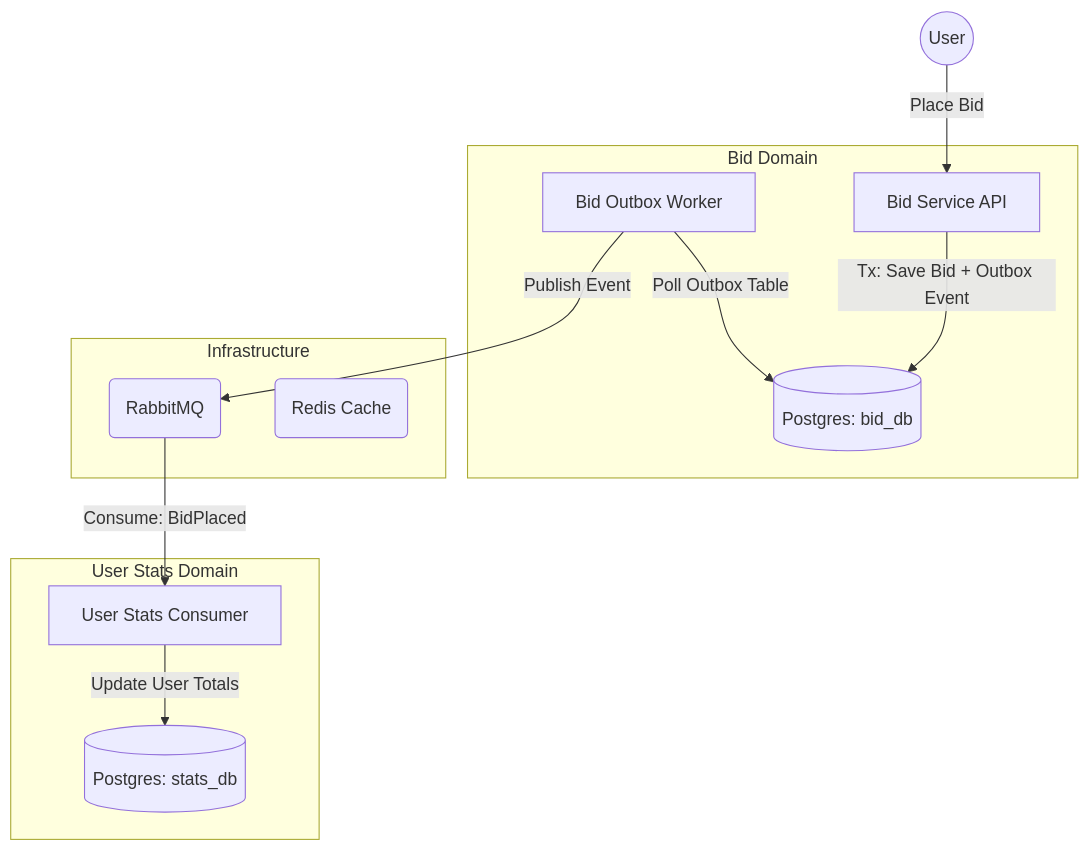
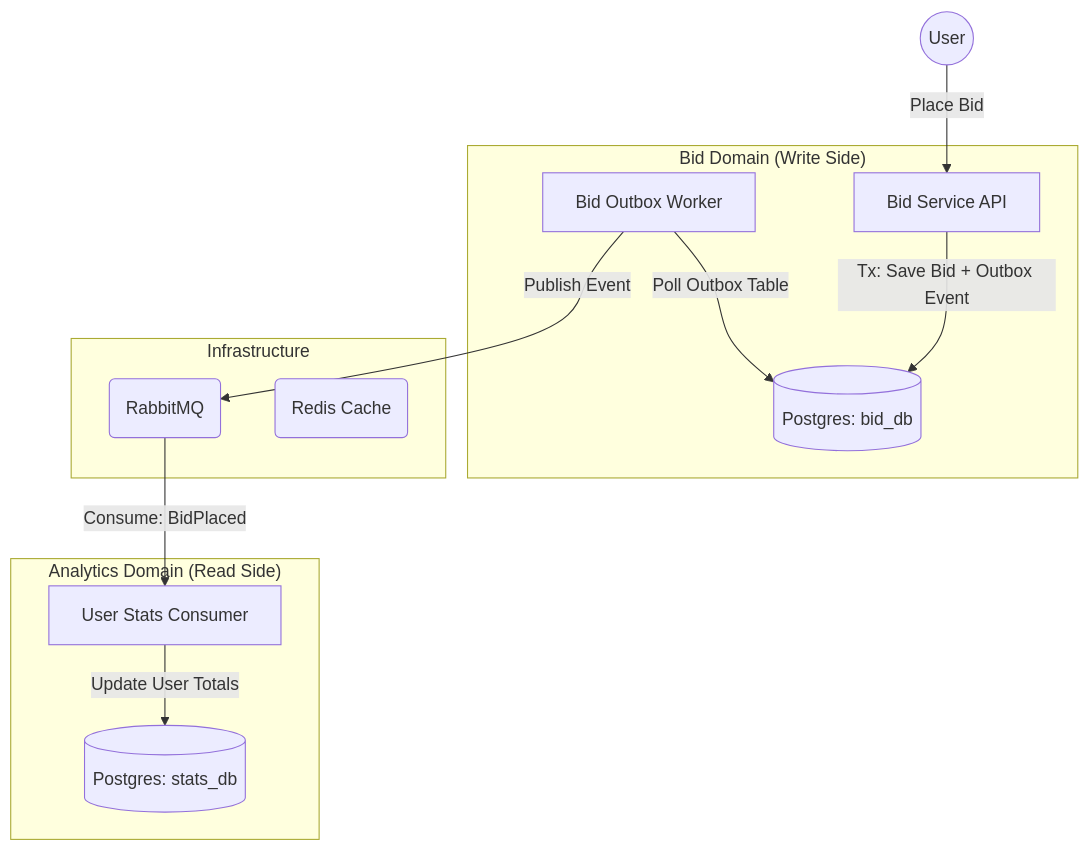
One commit to floroz/gavel changed the diagram in README.md. Above: the diagram before and after it, drawn with Mermaid. The commit also changed other lines of this file and 23 other files, not shown here.

````diff
--- a/README.md
+++ b/README.md
@@ -19,28 +30,28 @@
 ```mermaid
 graph TD
-    subgraph "Bid Domain"
+    subgraph "Bid Domain (Write Side)"
         API[Bid Service API]
         Worker[Bid Outbox Worker]
         BidDB[(Postgres: bid_db)]
     end
 
-    subgraph "User Stats Domain"
+    subgraph "Analytics Domain (Read Side)"
         StatsWorker[User Stats Consumer]
         StatsDB[(Postgres: stats_db)]
     end
 
     subgraph "Infrastructure"
         RMQ(RabbitMQ)
         Redis(Redis Cache)
     end
 
     %% Flows
     User((User)) -->|Place Bid| API
     API -->|Tx: Save Bid + Outbox Event| BidDB
     
     Worker -->|Poll Outbox Table| BidDB
     Worker -->|Publish Event| RMQ
     
     RMQ -->|Consume: BidPlaced| StatsWorker
     StatsWorker -->|Update User Totals| StatsDB
 ```
````
